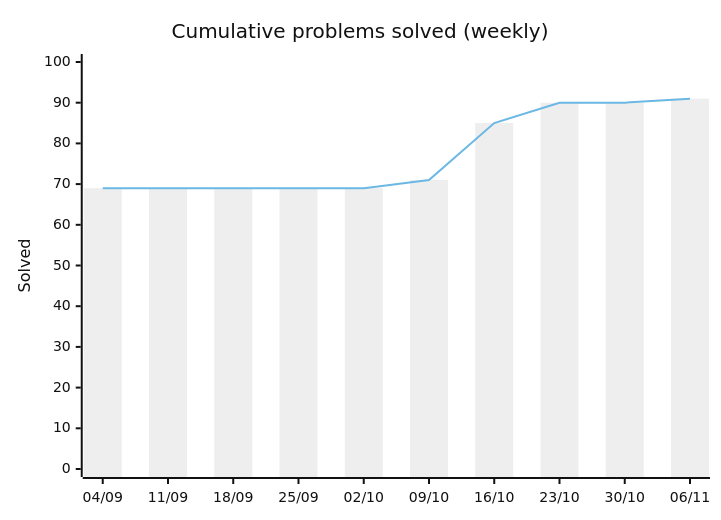
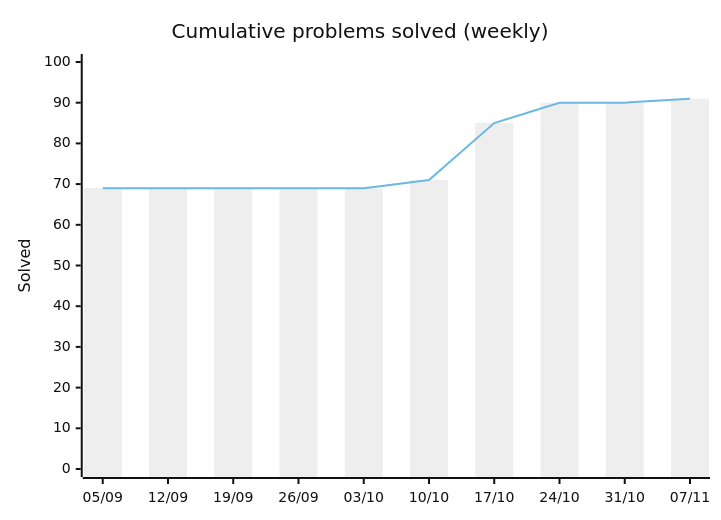
One commit to HarryTrn/TensorTonic-Solutions changed the first of 2 diagrams in README.md. Above: the diagram before and after it, drawn with Mermaid (neutral theme). The commit also changed other lines of this file, not shown here.

Commit message:
docs: auto-update README [skip ci]

````diff
--- a/README.md
+++ b/README.md
@@ -65,8 +65,8 @@
 ```mermaid
 xychart-beta
     title "Cumulative problems solved (weekly)"
-    x-axis ["04/09", "11/09", "18/09", "25/09", "02/10", "09/10", "16/10", "23/10", "30/10", "06/11"]
+    x-axis ["05/09", "12/09", "19/09", "26/09", "03/10", "10/10", "17/10", "24/10", "31/10", "07/11"]
     y-axis "Solved" 0 --> 100
     bar [69, 69, 69, 69, 69, 71, 85, 90, 90, 91]
     line [69, 69, 69, 69, 69, 71, 85, 90, 90, 91]
 ```
````
